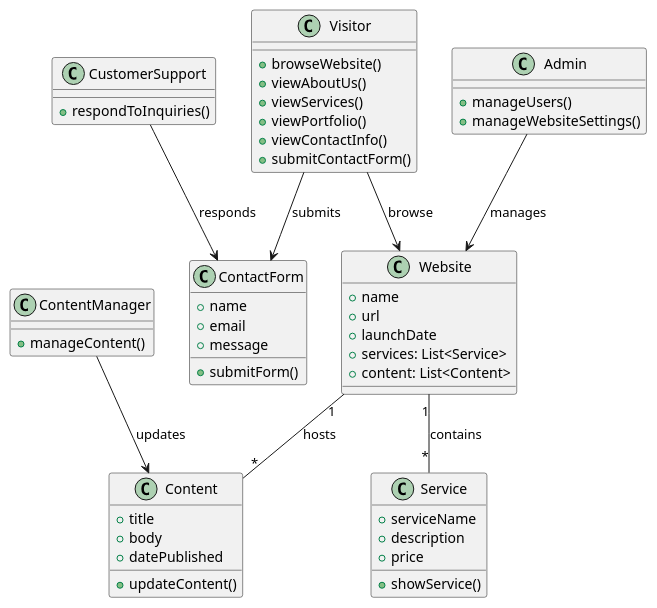
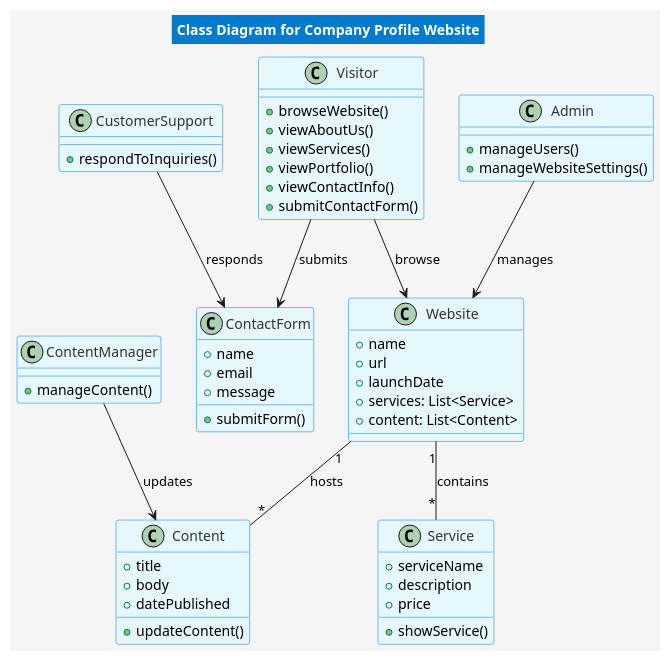
One commit to k4ilham/Unified-Modeling-Language-plantuml changed the diagram in company_profile/class_diagram.md. Above: the diagram before and after it, drawn with PlantUML. The commit also changed 19 other files, not shown here.

```diff
--- a/company_profile/class_diagram.md
+++ b/company_profile/class_diagram.md
@@ -1,61 +1,76 @@
 @startuml
+title Class Diagram for Company Profile Website
+
+' Style settings
+skinparam backgroundColor #F5F5F5
+skinparam class {
+  BackgroundColor #E6F7FF
+  BorderColor #007ACC
+  FontColor #333333
+}
+skinparam title {
+  BackgroundColor #007ACC
+  FontColor #FFFFFF
+}
+
+' Diagram content
 class Visitor {
   + browseWebsite()
   + viewAboutUs()
   + viewServices()
   + viewPortfolio()
   + viewContactInfo()
   + submitContactForm()
 }
 
 class Admin {
   + manageUsers()
   + manageWebsiteSettings()
 }
 
 class ContentManager {
   + manageContent()
 }
 
 class CustomerSupport {
   + respondToInquiries()
 }
 
 class Website {
   + name
   + url
   + launchDate
   + services: List<Service>
   + content: List<Content>
 }
 
 class Service {
   + serviceName
   + description
   + price
   + showService()
 }
 
 class Content {
   + title
   + body
   + datePublished
   + updateContent()
 }
 
 class ContactForm {
   + name
   + email
   + message
   + submitForm()
 }
 
 Visitor --> Website : browse
 Visitor --> ContactForm : submits
 Admin --> Website : manages
 ContentManager --> Content : updates
 CustomerSupport --> ContactForm : responds
 Website "1" -- "*" Service : contains
 Website "1" -- "*" Content : hosts
 
 @enduml
```
